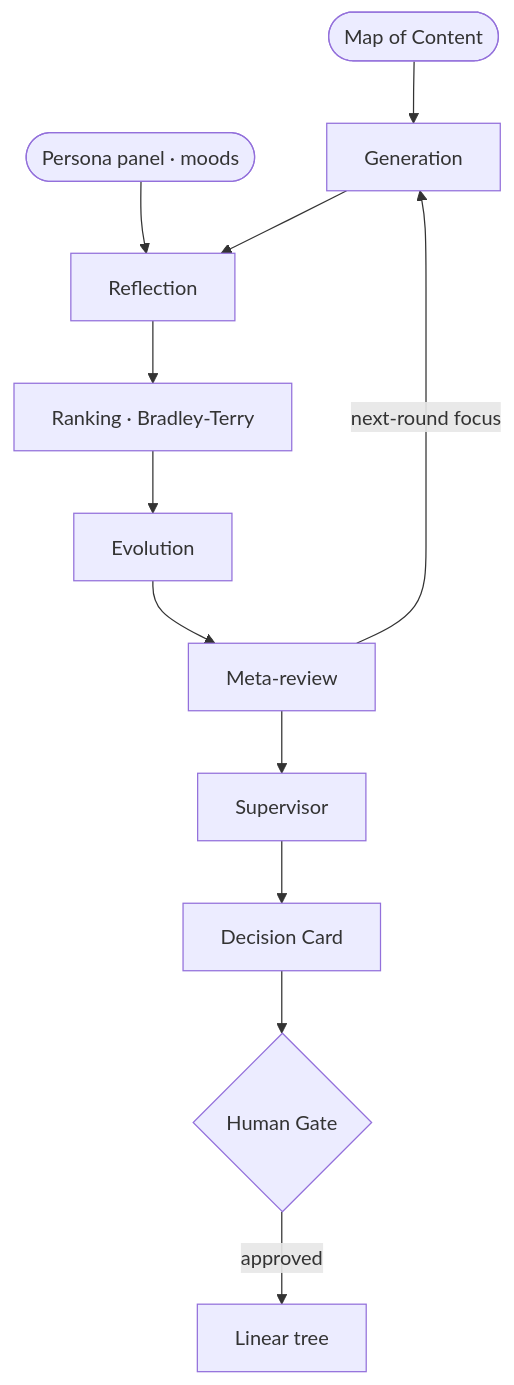
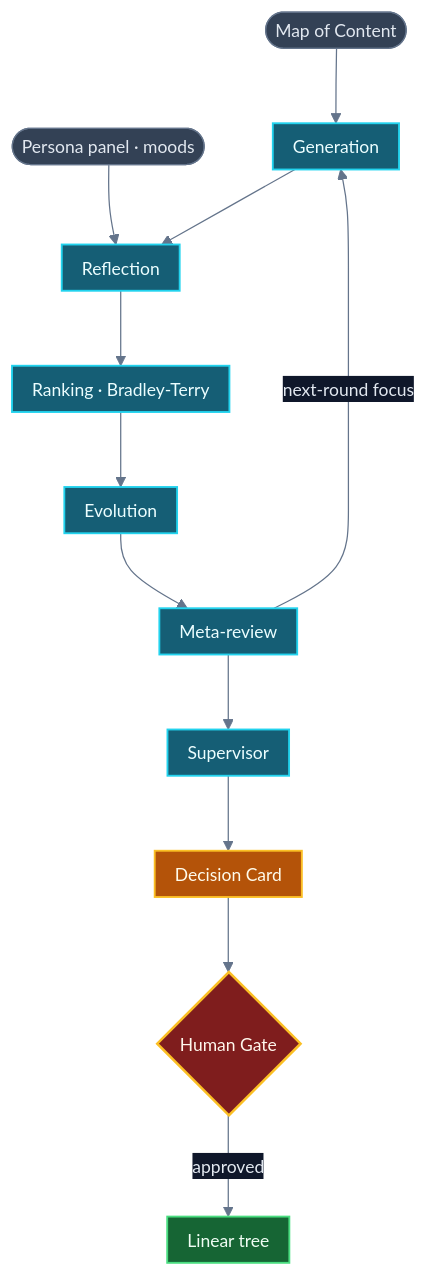
The diagram in cognition/index.md (JamalMansuri/fried-catfish), drawn with Mermaid before and after one commit. The commit also changed 8 other files, not shown here.

First line of the commit message:
Theme the generated mermaid diagrams (GitHub-native init + classDef)

````diff
--- a/cognition/index.md
+++ b/cognition/index.md
@@ -13,14 +13,25 @@
 ```mermaid
+%%{init: {"theme": "base", "themeVariables": {"fontFamily": "ui-monospace, SFMono-Regular, Menlo, Consolas, monospace", "fontSize": "14px", "primaryColor": "#1e293b", "primaryTextColor": "#e2e8f0", "primaryBorderColor": "#475569", "lineColor": "#64748b", "secondaryColor": "#334155", "tertiaryColor": "#0f172a", "edgeLabelBackground": "#0f172a"}, "flowchart": {"curve": "basis", "nodeSpacing": 45, "rankSpacing": 60, "padding": 8}}}%%
 graph TD
   MoC([Map of Content]) --> G[Generation]
   Personas([Persona panel · moods]) --> R
   G --> R[Reflection]
   R --> K[Ranking · Bradley-Terry]
   K --> E[Evolution]
   E --> M[Meta-review]
   M -->|next-round focus| G
   M --> S[Supervisor]
   S --> C[Decision Card]
   C --> H{Human Gate}
   H -->|approved| L[Linear tree]
+classDef engine fill:#155e75,stroke:#22d3ee,stroke-width:1.5px,color:#ecfeff;
+classDef io fill:#334155,stroke:#64748b,stroke-width:1px,color:#e2e8f0;
+classDef accent fill:#b45309,stroke:#fbbf24,stroke-width:1.5px,color:#fffbeb;
+classDef gate fill:#7f1d1d,stroke:#fbbf24,stroke-width:2px,color:#fff7ed;
+classDef good fill:#166534,stroke:#4ade80,stroke-width:1.5px,color:#f0fdf4;
+  class MoC,Personas io
+  class G,R,K,E,M,S engine
+  class C accent
+  class H gate
+  class L good
 ```
````
